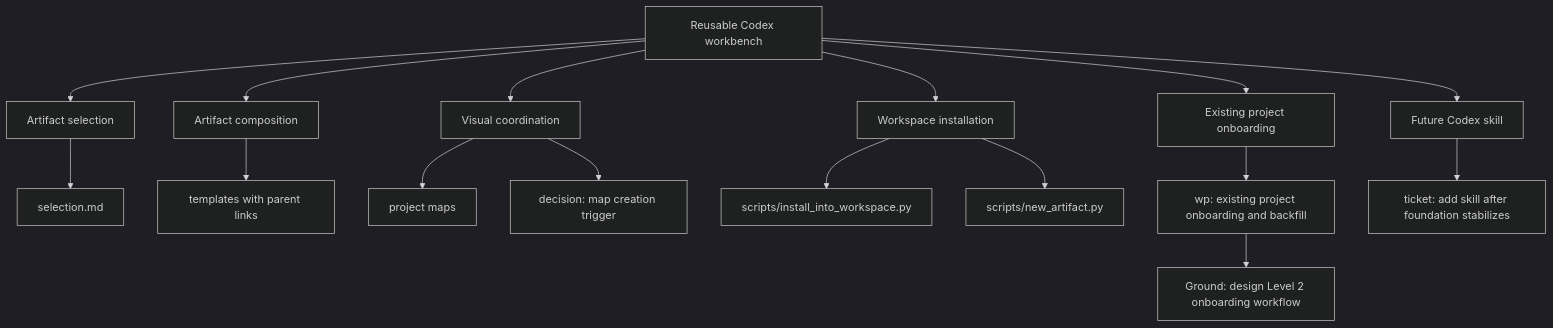
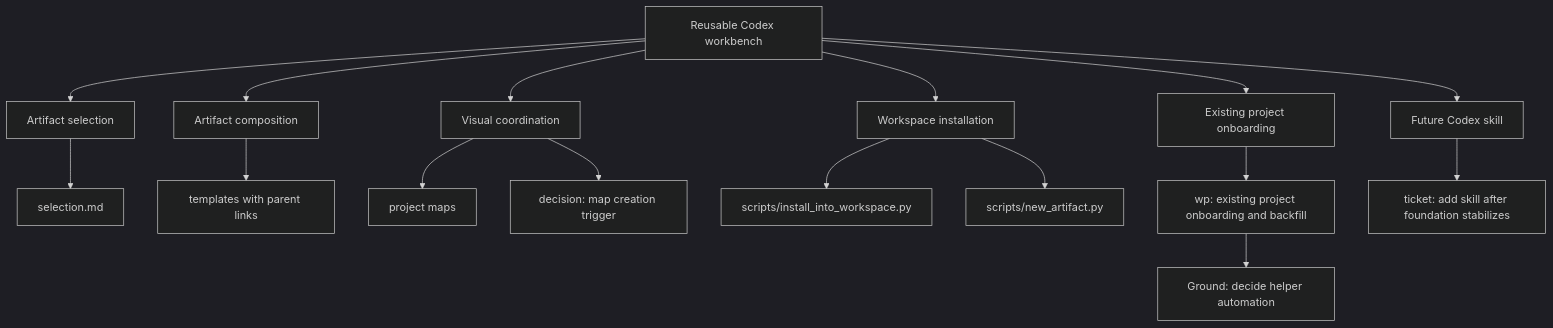
Before and after one commit to PC-Redemption/tool_shed: the diagram in work/maps/map-tool-shed-foundation.md, drawn with Mermaid (dark theme). The commit also changed other lines of this file and 9 other files, not shown here.

Commit message:
Add Level 2 existing project onboarding

````diff
--- a/work/maps/map-tool-shed-foundation.md
+++ b/work/maps/map-tool-shed-foundation.md
@@ -14,20 +14,20 @@
 ```mermaid
 flowchart TD
   A[Reusable Codex workbench] --> B[Artifact selection]
   A --> C[Artifact composition]
   A --> D[Visual coordination]
   A --> E[Workspace installation]
   A --> F[Existing project onboarding]
   A --> G[Future Codex skill]
 
   B --> H[selection.md]
   C --> I[templates with parent links]
   D --> J[project maps]
   D --> K[decision: map creation trigger]
   E --> L[scripts/install_into_workspace.py]
   E --> M[scripts/new_artifact.py]
   F --> N[wp: existing project onboarding and backfill]
   G --> O[ticket: add skill after foundation stabilizes]
 
-  N --> P[Ground: design Level 2 onboarding workflow]
+  N --> P[Ground: decide helper automation]
 ```
````
